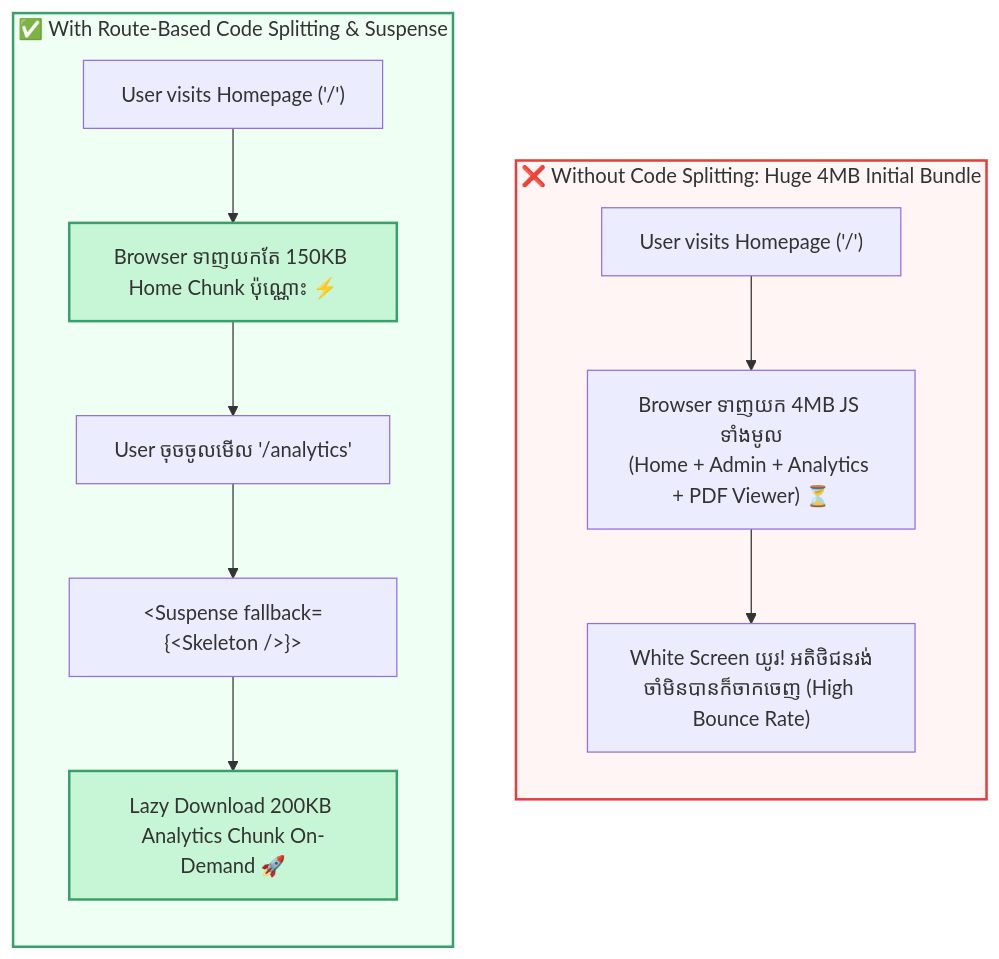
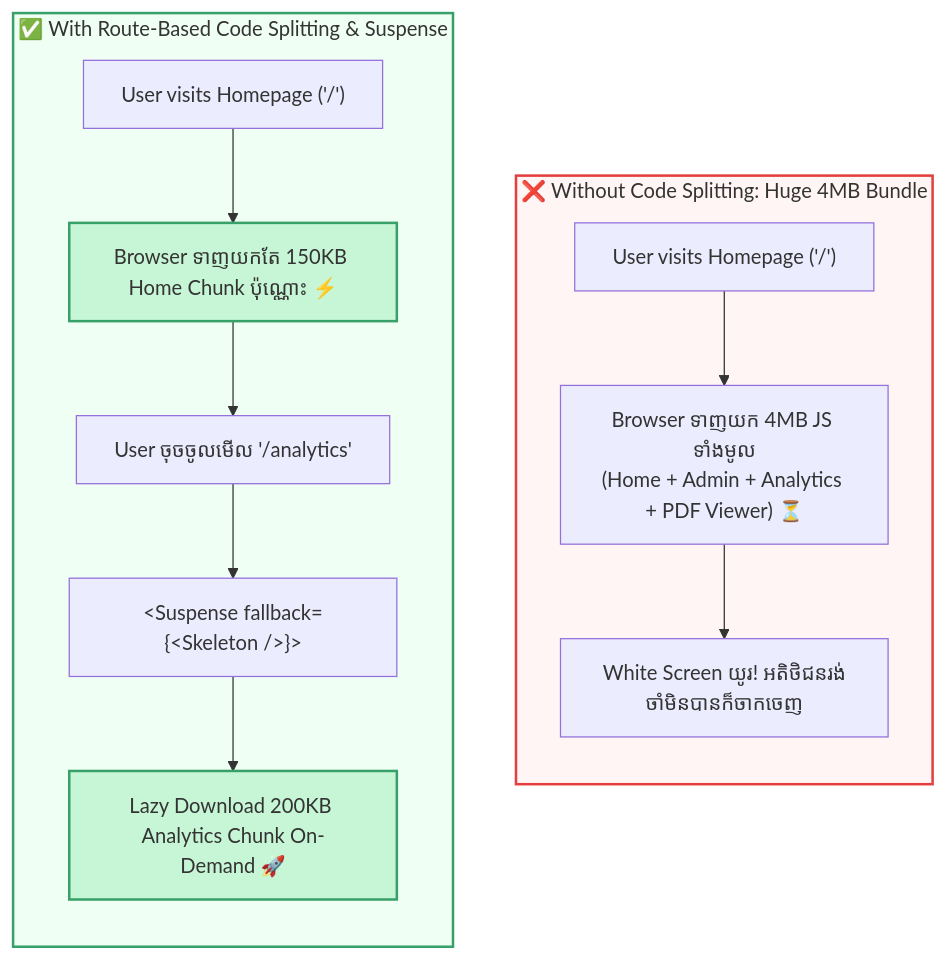
The first of 2 diagrams in src/courses/react/module-8-performance-patterns/02-code-splitting-lazy.mdx (Ari-ICU/full-stack-short-coures), drawn with Mermaid before and after one commit. The commit also changed other lines of this file and 2 other files, not shown here.

````diff
--- a/src/courses/react/module-8-performance-patterns/02-code-splitting-lazy.mdx
+++ b/src/courses/react/module-8-performance-patterns/02-code-splitting-lazy.mdx
@@ -45,21 +48,21 @@
 ```mermaid
 flowchart TD
-    subgraph Monolithic["❌ Without Code Splitting: Huge 4MB Initial Bundle"]
+    subgraph Monolithic["❌ Without Code Splitting: Huge 4MB Bundle"]
         direction TB
         B1["User visits Homepage ('/')"] --> B2["Browser ទាញយក 4MB JS ទាំងមូល<br>(Home + Admin + Analytics + PDF Viewer) ⏳"]
-        B2 --> B3["White Screen យូរ! អតិថិជនរង់ចាំមិនបានក៏ចាកចេញ (High Bounce Rate)"]
+        B2 --> B3["White Screen យូរ! អតិថិជនរង់ចាំមិនបានក៏ចាកចេញ"]
     end
 
     subgraph Splitting["✅ With Route-Based Code Splitting & Suspense"]
         direction TB
         S1["User visits Homepage ('/')"] --> S2["Browser ទាញយកតែ 150KB Home Chunk ប៉ុណ្ណោះ ⚡"]
         S2 --> S3["User ចុចចូលមើល '/analytics'"]
         S3 --> S4["&lt;Suspense fallback={&lt;Skeleton /&gt;}&gt;"]
         S4 --> S5["Lazy Download 200KB Analytics Chunk On-Demand 🚀"]
     end
 
     style Monolithic fill:#fff5f5,stroke:#e53e3e,stroke-width:2px
     style Splitting fill:#f0fff4,stroke:#38a169,stroke-width:2px
     style S2 fill:#c6f6d5,stroke:#38a169,stroke-width:2px
     style S5 fill:#c6f6d5,stroke:#38a169,stroke-width:2px
 ```
````
